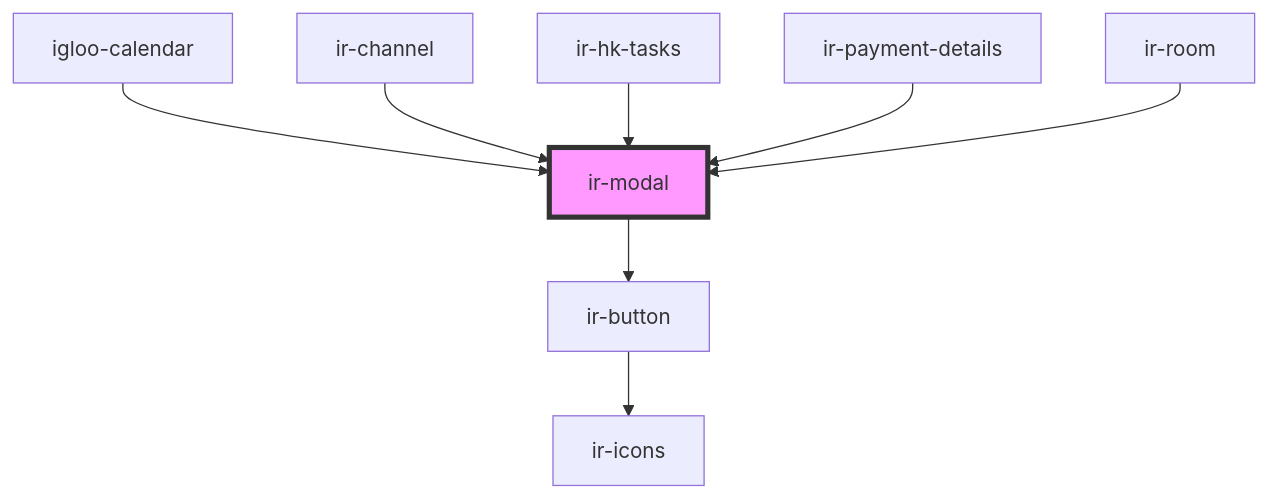
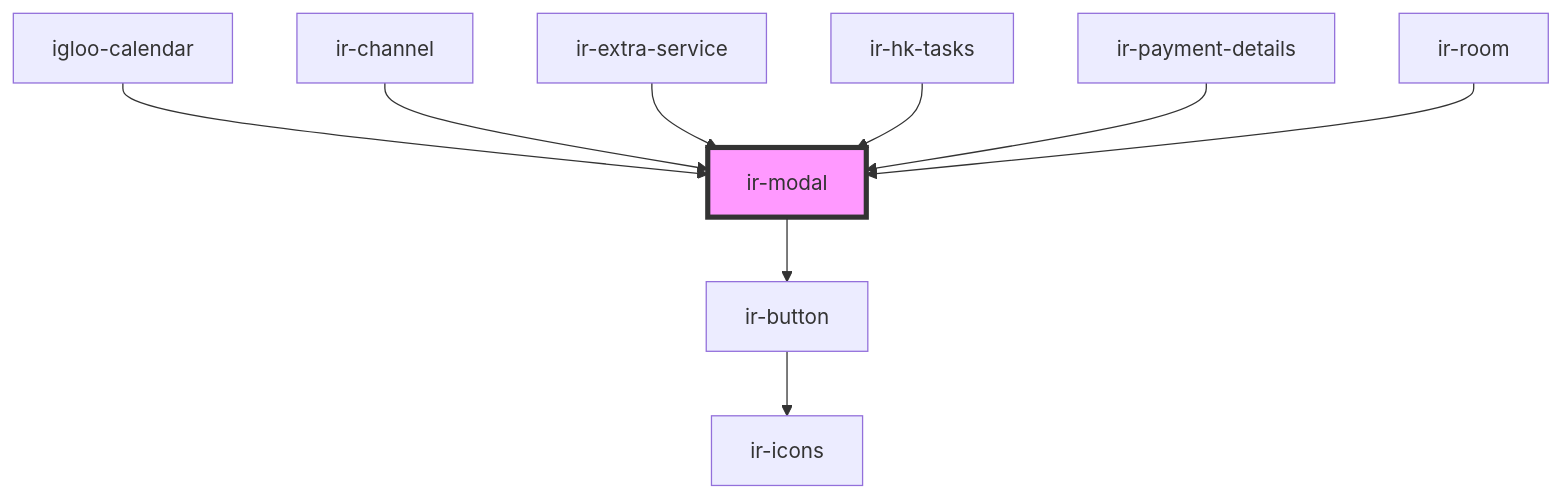
One commit to David1Chowaifaty/modified-ir-webcmp changed the diagram in src/components/ir-modal/readme.md. Above: the diagram before and after it, drawn with Mermaid. The commit also changed other lines of this file and 28 other files, not shown here.

````diff
--- a/src/components/ir-modal/readme.md
+++ b/src/components/ir-modal/readme.md
@@ -74,11 +75,12 @@
 ```mermaid
 graph TD;
   ir-modal --> ir-button
   ir-button --> ir-icons
   igloo-calendar --> ir-modal
   ir-channel --> ir-modal
+  ir-extra-service --> ir-modal
   ir-hk-tasks --> ir-modal
   ir-payment-details --> ir-modal
   ir-room --> ir-modal
   style ir-modal fill:#f9f,stroke:#333,stroke-width:4px
 ```
````
